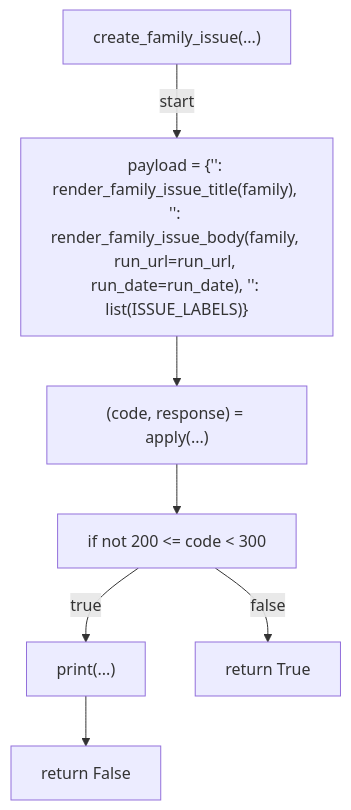
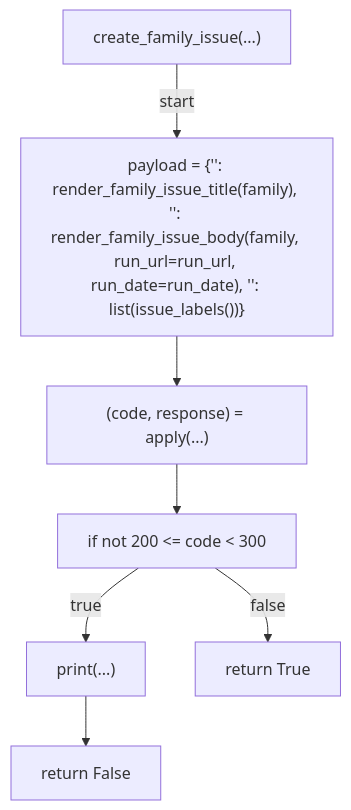
One commit to tvna/claude-md changed the sixth of 9 diagrams in docs/generated/scripts/ast/_security_drift_issues.md. Above: the diagram before and after it, drawn with Mermaid. The commit also changed other lines of this file and 18 other files, not shown here.

First line of the commit message:
docs(generated): regenerate decision tree and workflow diagrams

````diff
--- a/docs/generated/scripts/ast/_security_drift_issues.md
+++ b/docs/generated/scripts/ast/_security_drift_issues.md
@@ -102,16 +104,16 @@
 ```mermaid
 flowchart TD
     N001["create_family_issue(...)"]
-    N002["payload = {'<str>': render_family_issue_title(family), '<str>': render_family_issue_body(family, run_url=run_url, run_date=run_date), '<str>': list(ISSUE_LABELS)}"]
+    N002["payload = {'<str>': render_family_issue_title(family), '<str>': render_family_issue_body(family, run_url=run_url, run_date=run_date), '<str>': list(issue_labels())}"]
     N003["(code, response) = apply(...)"]
     N004["if not 200 <= code < 300"]
     N005["print(...)"]
     N006["return False"]
     N007["return True"]
     N001 -->|"start"| N002
     N002 --> N003
     N003 --> N004
     N004 -->|"true"| N005
     N005 --> N006
     N004 -->|"false"| N007
 ```
````
